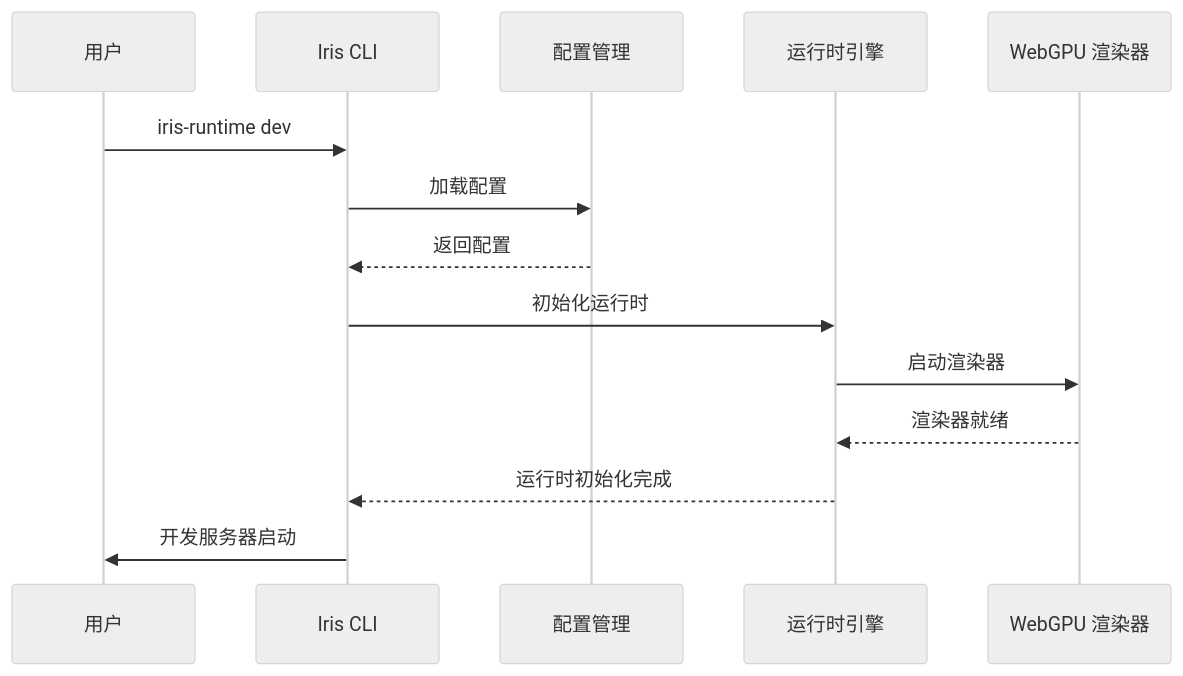
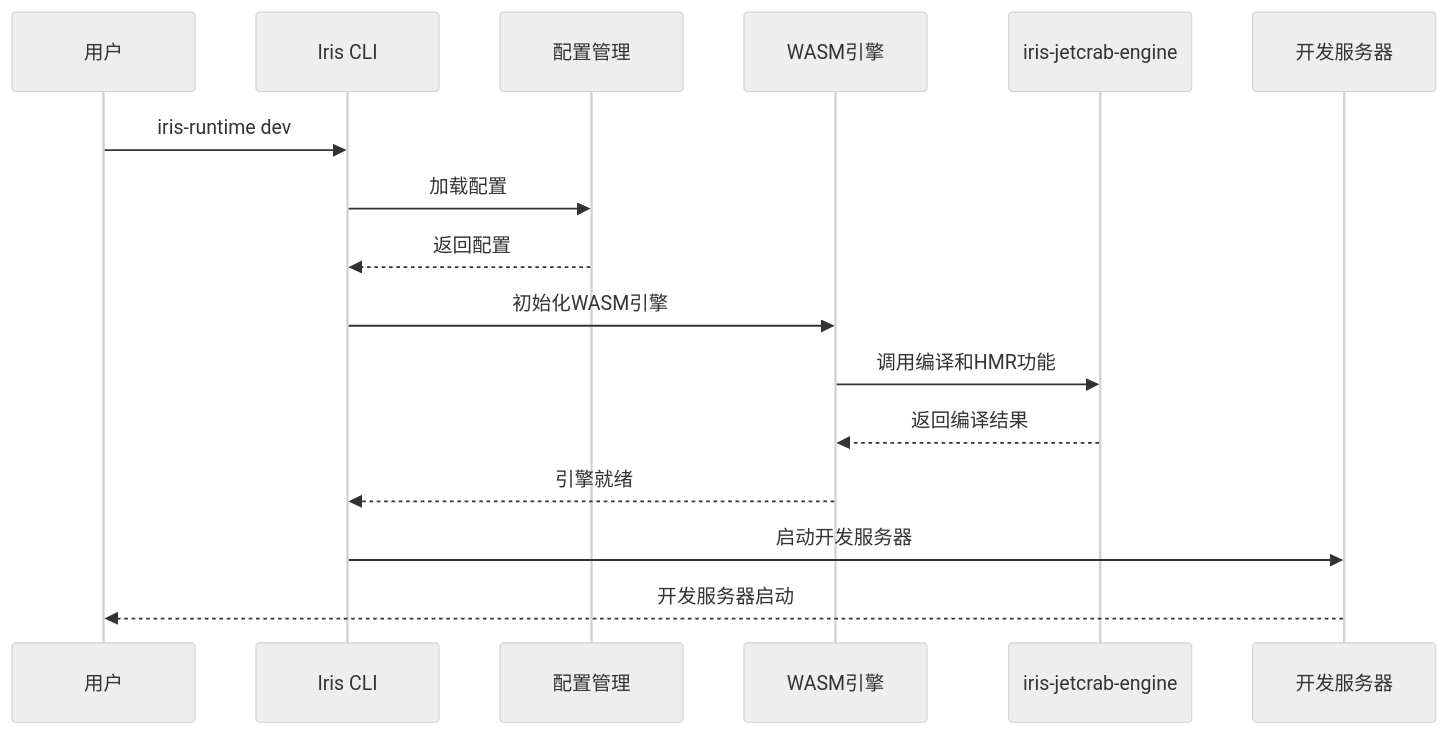
Before and after one commit to itszzl-sudo/iris: the fourth of 13 diagrams in .qoder/repowiki/zh/content/核心功能特性/工程化与商业化能力/测试框架与基础设施/Iris Runtime CLI工具.md, drawn with Mermaid (neutral theme). The commit also changed other lines of this file and 11 other files, not shown here.

First line of the commit message:
feat: 实现 iris-jetcrab-engine WASM 导出接口

````diff
--- a/.qoder/repowiki/zh/content/核心功能特性/工程化与商业化能力/测试框架与基础设施/Iris Runtime CLI工具.md
+++ b/.qoder/repowiki/zh/content/核心功能特性/工程化与商业化能力/测试框架与基础设施/Iris Runtime CLI工具.md
@@ -225,16 +229,18 @@
 ```mermaid
 sequenceDiagram
 participant User as 用户
 participant CLI as Iris CLI
 participant Config as 配置管理
-participant Runtime as 运行时引擎
-participant GPU as WebGPU 渲染器
+participant WASMEngine as WASM引擎
+participant JetCrabEngine as iris-jetcrab-engine
+participant DevServer as 开发服务器
 User->>CLI : iris-runtime dev
 CLI->>Config : 加载配置
 Config-->>CLI : 返回配置
-CLI->>Runtime : 初始化运行时
-Runtime->>GPU : 启动渲染器
-GPU-->>Runtime : 渲染器就绪
-Runtime-->>CLI : 运行时初始化完成
-CLI->>User : 开发服务器启动
+CLI->>WASMEngine : 初始化WASM引擎
+WASMEngine->>JetCrabEngine : 调用编译和HMR功能
+JetCrabEngine-->>WASMEngine : 返回编译结果
+WASMEngine-->>CLI : 引擎就绪
+CLI->>DevServer : 启动开发服务器
+DevServer-->>User : 开发服务器启动
 ```
````
